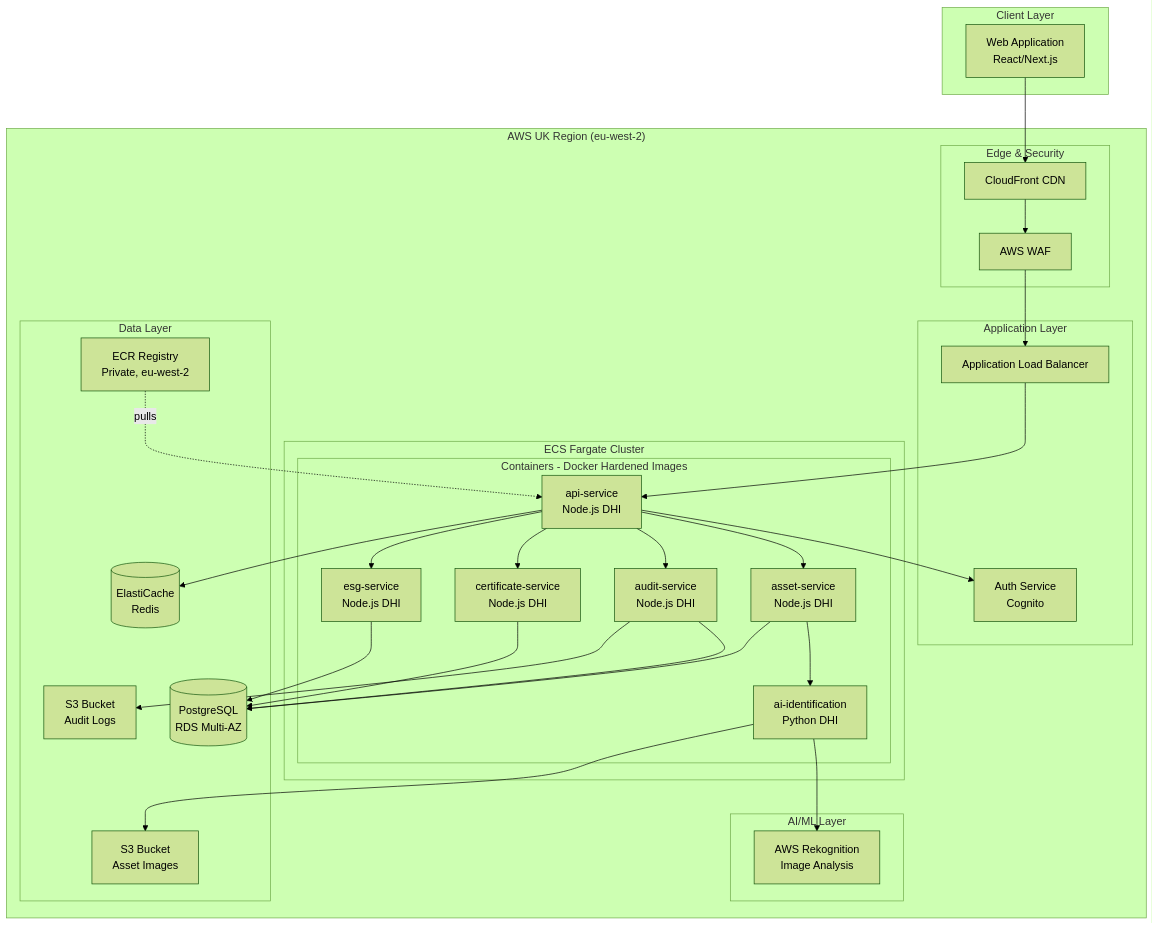
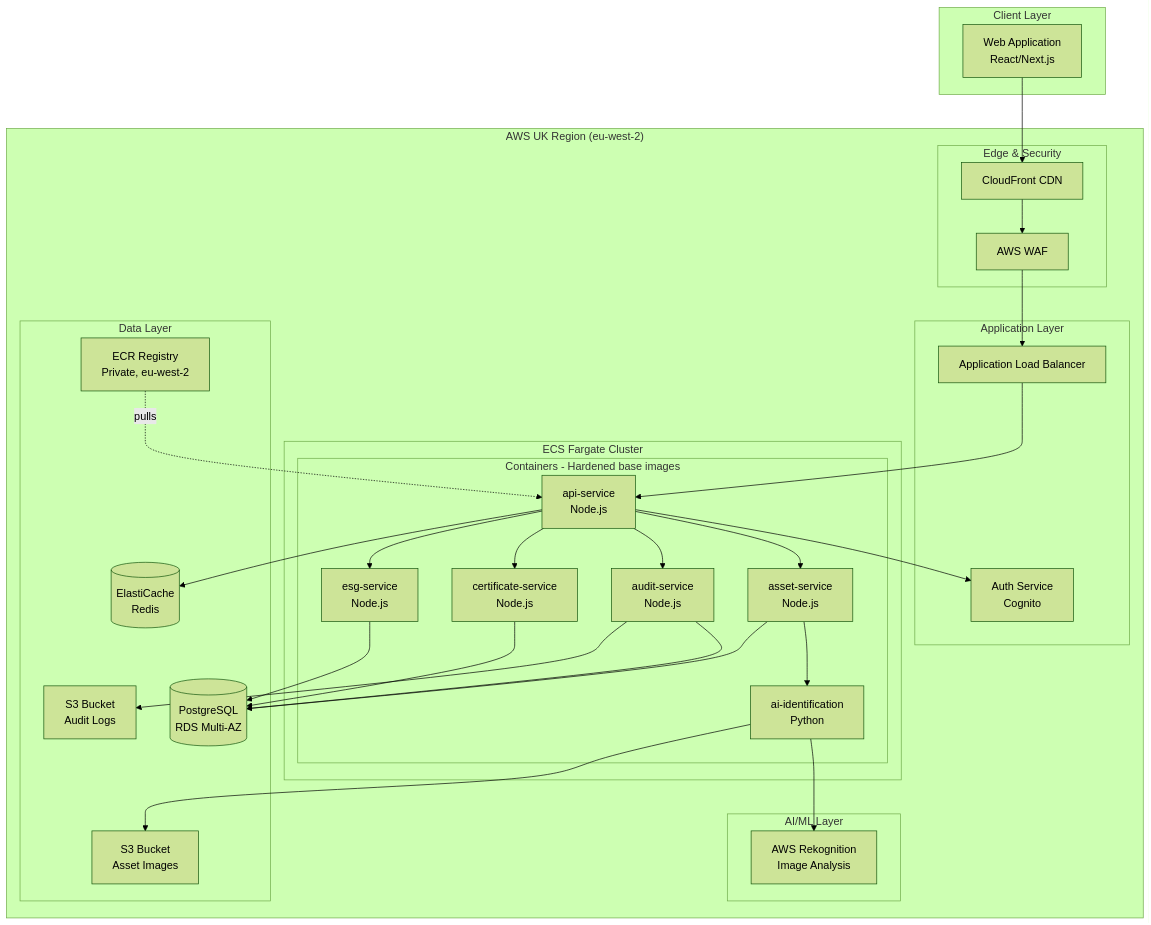
The first of 14 diagrams in docs/COMBINED-DELIVERABLE.md (nugehs/ai-reclaim-m0), drawn with Mermaid (forest theme) before and after one commit. The commit also changed other lines of this file and 6 other files, not shown here.

````diff
--- a/docs/COMBINED-DELIVERABLE.md
+++ b/docs/COMBINED-DELIVERABLE.md
@@ -246,61 +246,61 @@
 ```mermaid
 graph TB
     subgraph "Client Layer"
         WEB[Web Application<br/>React/Next.js]
     end
 
     subgraph "AWS UK Region (eu-west-2)"
         subgraph "Edge & Security"
             CF[CloudFront CDN]
             WAF[AWS WAF]
         end
 
         subgraph "Application Layer"
             ALB[Application Load Balancer]
             AUTH[Auth Service<br/>Cognito]
         end
 
         subgraph "ECS Fargate Cluster"
-            subgraph "Containers - Docker Hardened Images"
-                API[api-service<br/>Node.js DHI]
-                ASSET[asset-service<br/>Node.js DHI]
-                AUDIT[audit-service<br/>Node.js DHI]
-                CERT[certificate-service<br/>Node.js DHI]
-                ESG[esg-service<br/>Node.js DHI]
-                AIID[ai-identification<br/>Python DHI]
+            subgraph "Containers - Hardened base images"
+                API[api-service<br/>Node.js]
+                ASSET[asset-service<br/>Node.js]
+                AUDIT[audit-service<br/>Node.js]
+                CERT[certificate-service<br/>Node.js]
+                ESG[esg-service<br/>Node.js]
+                AIID[ai-identification<br/>Python]
             end
         end
 
         subgraph "AI/ML Layer"
             REKOGNITION[AWS Rekognition<br/>Image Analysis]
         end
 
         subgraph "Data Layer"
             ECR[ECR Registry<br/>Private, eu-west-2]
             RDS[(PostgreSQL<br/>RDS Multi-AZ)]
             REDIS[(ElastiCache<br/>Redis)]
             S3[S3 Bucket<br/>Asset Images]
             S3AUDIT[S3 Bucket<br/>Audit Logs]
         end
     end
 
     WEB --> CF
     CF --> WAF
     WAF --> ALB
     ALB --> API
     API --> AUTH
     API --> ASSET
     API --> AUDIT
     API --> CERT
     API --> ESG
     ASSET --> AIID
     AIID --> REKOGNITION
     AIID --> S3
     ASSET --> RDS
     AUDIT --> RDS
     AUDIT --> S3AUDIT
     CERT --> RDS
     ESG --> RDS
     API --> REDIS
     ECR -.->|pulls| API
 ```
````
